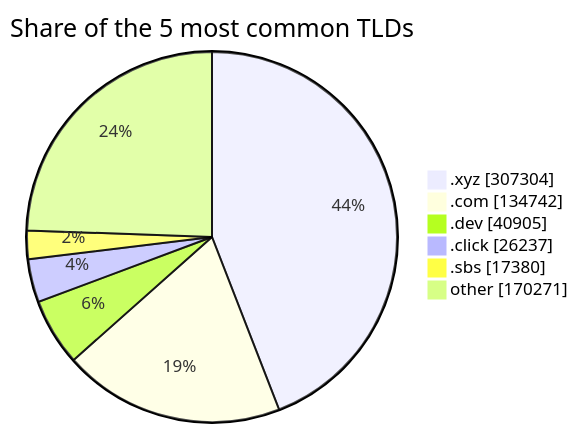
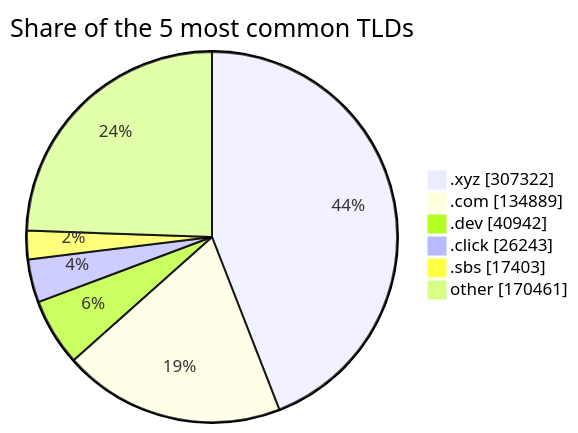
The third of 3 diagrams in README.md (DNSBunker/CTI), drawn with Mermaid before and after one commit. The commit also changed other lines of this file and 3 other files, not shown here.

````diff
--- a/README.md
+++ b/README.md
@@ -81,9 +81,9 @@
 ```mermaid
 pie showData title Share of the 5 most common TLDs
-    ".xyz" : 307304
-    ".com" : 134742
-    ".dev" : 40905
-    ".click" : 26237
-    ".sbs" : 17380
-    "other" : 170271
+    ".xyz" : 307322
+    ".com" : 134889
+    ".dev" : 40942
+    ".click" : 26243
+    ".sbs" : 17403
+    "other" : 170461
 ```
````
